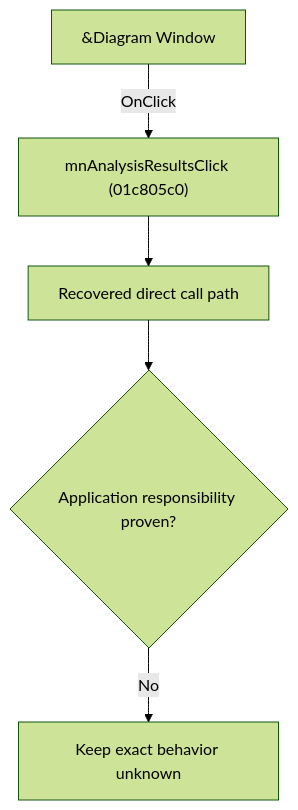
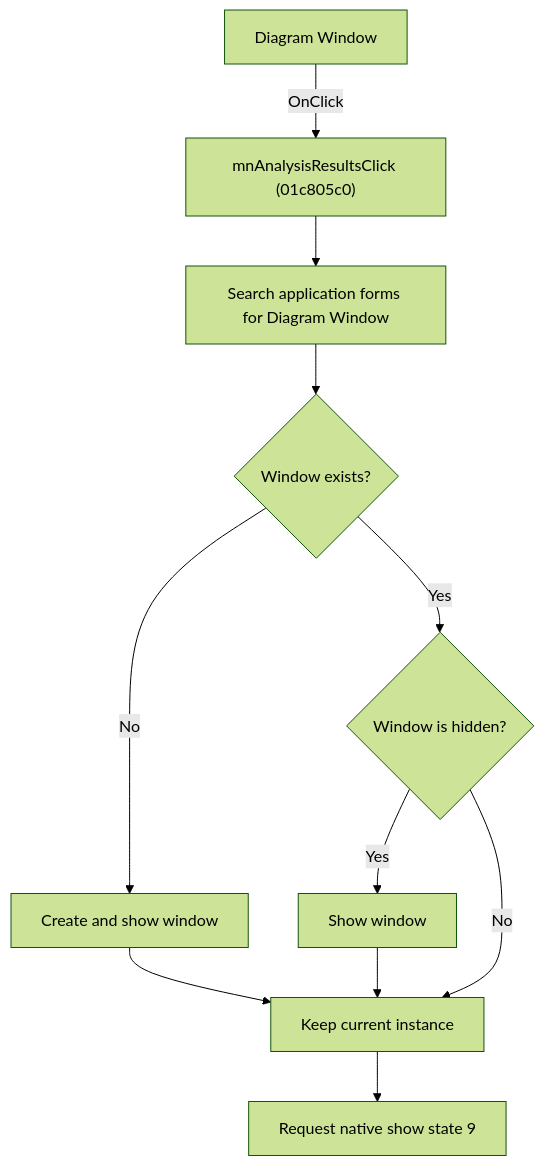
One commit to MovGP0/TIARA changed the diagram in docs/ui-controls/schematiceditor/mnanalysisresults-38934f7cb4.md. Above: the diagram before and after it, drawn with Mermaid (forest theme). The commit also changed other lines of this file and 241 other files, not shown here.

````diff
--- a/docs/ui-controls/schematiceditor/mnanalysisresults-38934f7cb4.md
+++ b/docs/ui-controls/schematiceditor/mnanalysisresults-38934f7cb4.md
@@ -27,7 +29,13 @@
 ```mermaid
 flowchart TD
-    control["&Diagram Window"] -->|"OnClick"| handler["mnAnalysisResultsClick (01c805c0)"]
-    handler --> recovered["Recovered direct call path"]
-    recovered --> gap{"Application responsibility proven?"}
-    gap -->|"No"| blocked["Keep exact behavior unknown"]
+    control["Diagram Window"] -->|OnClick| handler["mnAnalysisResultsClick (01c805c0)"]
+    handler --> scan["Search application forms for Diagram Window"]
+    scan --> found{"Window exists?"}
+    found -->|No| create["Create and show window"]
+    found -->|Yes| hidden{"Window is hidden?"}
+    hidden -->|Yes| show["Show window"]
+    hidden -->|No| restore["Keep current instance"]
+    create --> restore
+    show --> restore
+    restore --> native["Request native show state 9"]
 ```
````
